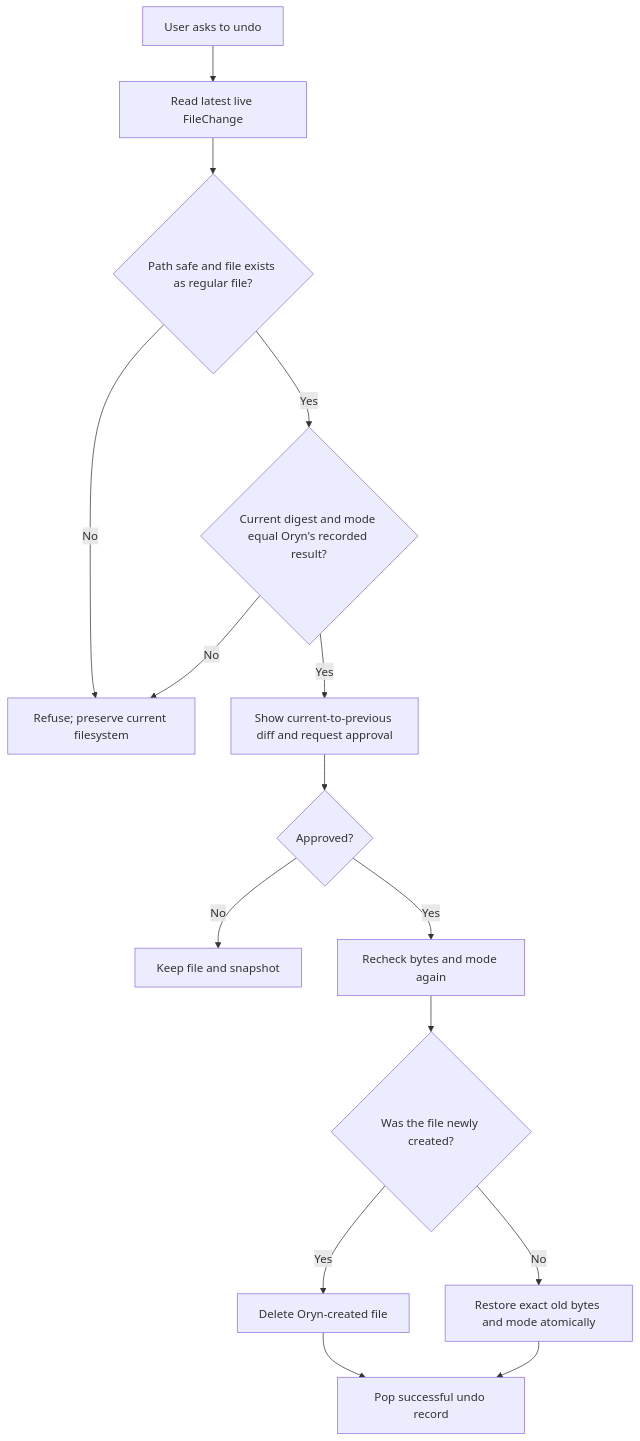
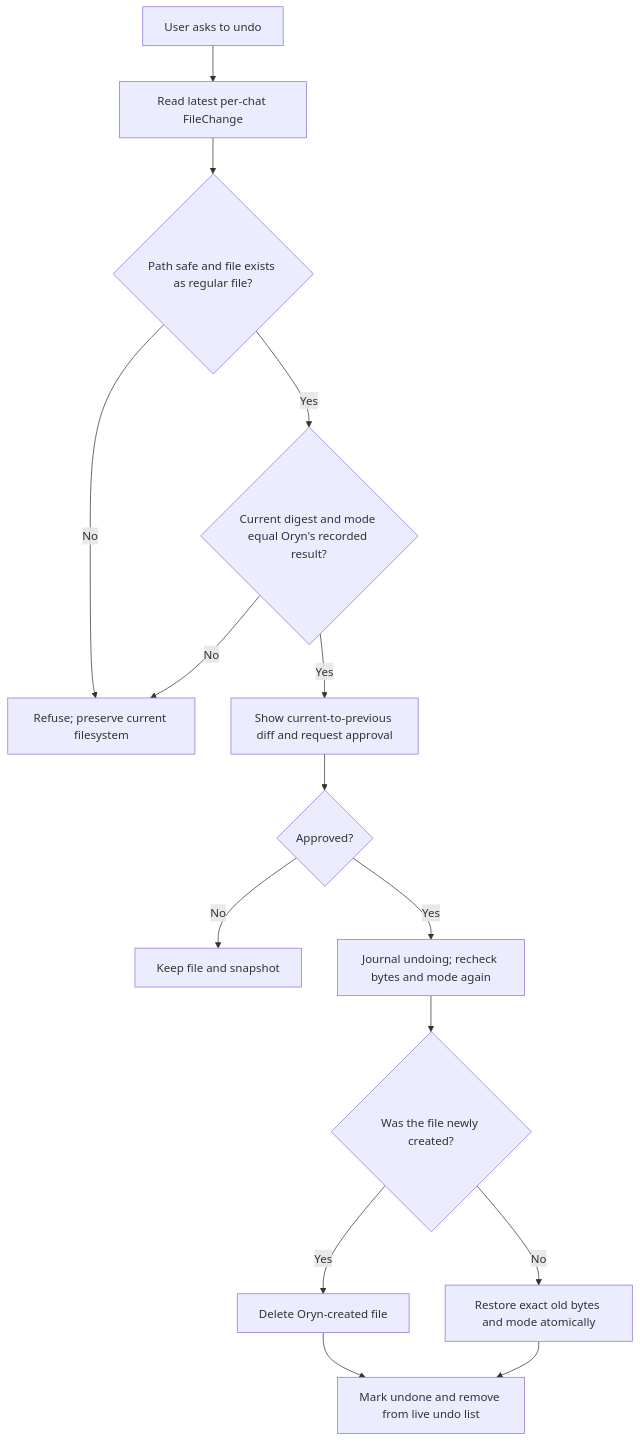
The fifth of 6 diagrams in src/docs/06-tools-files-terminal-and-undo.md (MetalCloth/mini-hermes), drawn with Mermaid before and after one commit. The commit also changed other lines of this file and 35 other files, not shown here.

````diff
--- a/src/docs/06-tools-files-terminal-and-undo.md
+++ b/src/docs/06-tools-files-terminal-and-undo.md
@@ -317,17 +317,17 @@
 ```mermaid
 flowchart TD
-    A["User asks to undo"] --> B["Read latest live FileChange"]
+    A["User asks to undo"] --> B["Read latest per-chat FileChange"]
     B --> C{"Path safe and file exists as regular file?"}
     C -->|"No"| X["Refuse; preserve current filesystem"]
     C -->|"Yes"| D{"Current digest and mode equal Oryn's recorded result?"}
     D -->|"No"| X
     D -->|"Yes"| E["Show current-to-previous diff and request approval"]
     E --> F{"Approved?"}
     F -->|"No"| Y["Keep file and snapshot"]
-    F -->|"Yes"| G["Recheck bytes and mode again"]
+    F -->|"Yes"| G["Journal undoing; recheck bytes and mode again"]
     G --> H{"Was the file newly created?"}
     H -->|"Yes"| I["Delete Oryn-created file"]
     H -->|"No"| J["Restore exact old bytes and mode atomically"]
-    I --> K["Pop successful undo record"]
+    I --> K["Mark undone and remove from live undo list"]
     J --> K
 ```
````
